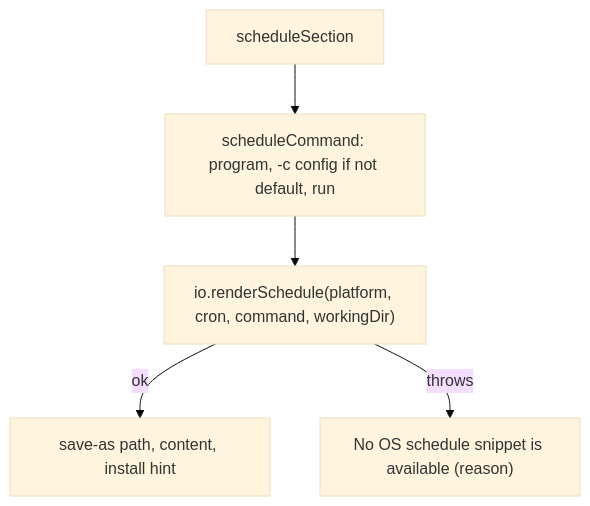
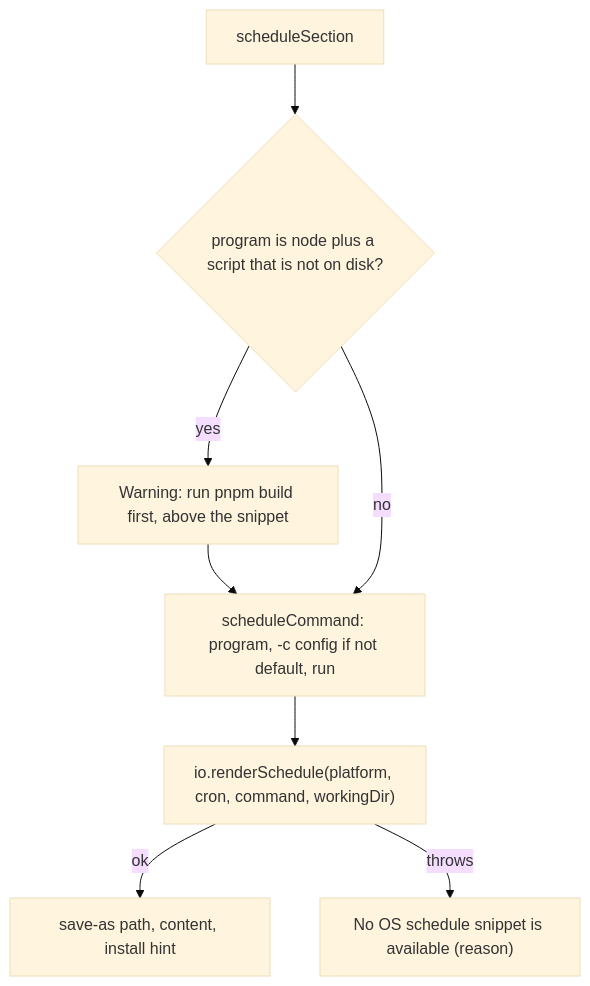
One commit to odere-pro/weekly-engineering-digest-agent changed the diagram in src/cli/init/schedule/CLAUDE.md. Above: the diagram before and after it, drawn with Mermaid (base theme). The commit also changed other lines of this file and 33 other files, not shown here.

````diff
--- a/src/cli/init/schedule/CLAUDE.md
+++ b/src/cli/init/schedule/CLAUDE.md
@@ -8,7 +8,9 @@
 ```mermaid
 flowchart TD
-  section["scheduleSection"] --> cmd["scheduleCommand: program, -c config if not default, run"]
+  section["scheduleSection"] --> warn{"program is node plus a script that is not on disk?"}
+  warn -->|yes| note["Warning: run pnpm build first, above the snippet"] --> cmd
+  warn -->|no| cmd["scheduleCommand: program, -c config if not default, run"]
   cmd --> render["io.renderSchedule(platform, cron, command, workingDir)"]
   render -->|ok| text["save-as path, content, install hint"]
   render -->|throws| hint["No OS schedule snippet is available (reason)"]
 ```
````
